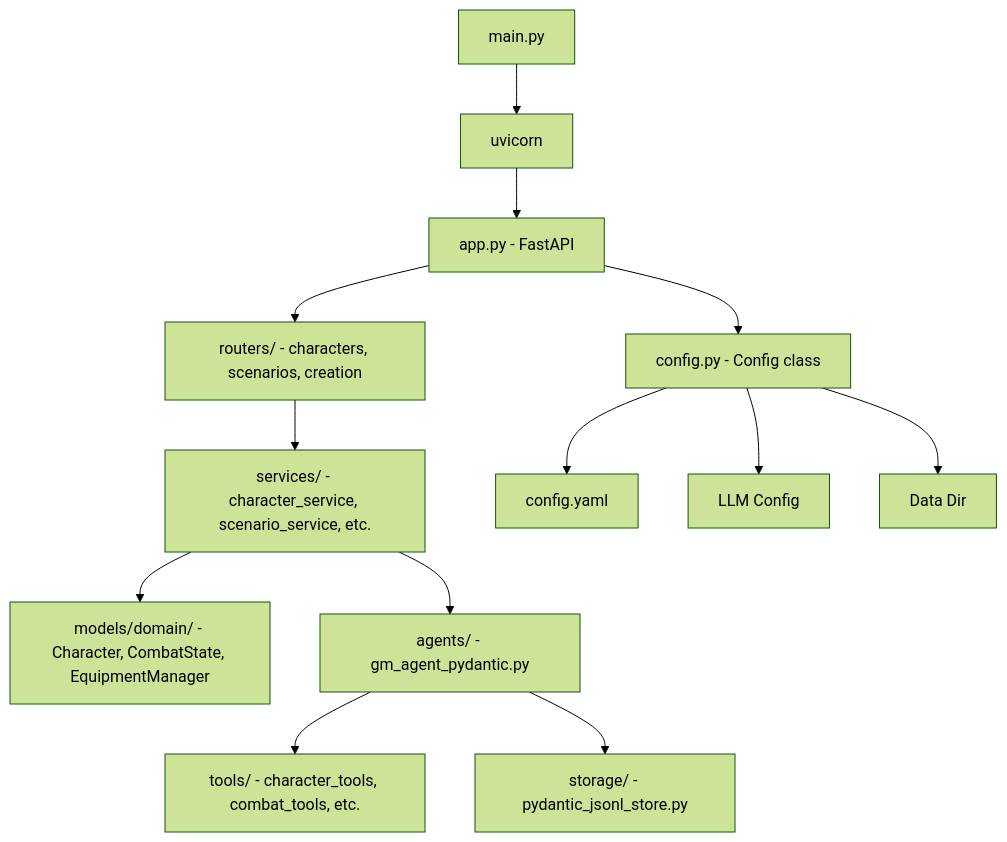
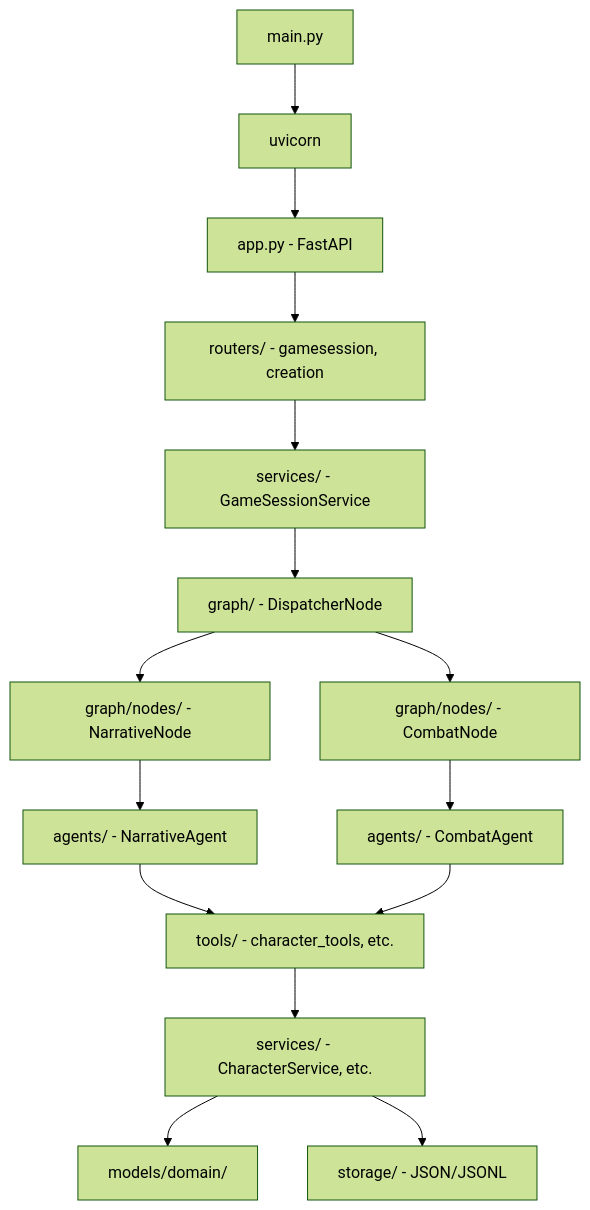
Before and after one commit to cyberbobjr/jdr: the first of 5 diagrams in README.md, drawn with Mermaid (forest theme). The commit also changed other lines of this file and 54 other files, not shown here.

````diff
--- a/README.md
+++ b/README.md
@@ -274,15 +271,17 @@
 ```mermaid
 graph TD
     A[main.py] --> B[uvicorn]
     B --> C[app.py - FastAPI]
-    C --> D[routers/ - characters, scenarios, creation]
-    D --> E[services/ - character_service, scenario_service, etc.]
-    E --> F[models/domain/ - Character, CombatState, EquipmentManager]
-    E --> G[agents/ - gm_agent_pydantic.py]
-    G --> H[tools/ - character_tools, combat_tools, etc.]
-    G --> I[storage/ - pydantic_jsonl_store.py]
-    C --> J[config.py - Config class]
-    J --> K[config.yaml]
-    J --> L[LLM Config]
-    J --> M[Data Dir]
+    C --> D[routers/ - gamesession, creation]
+    D --> E[services/ - GameSessionService]
+    E --> F[graph/ - DispatcherNode]
+    F --> G[graph/nodes/ - NarrativeNode]
+    F --> H[graph/nodes/ - CombatNode]
+    G --> I[agents/ - NarrativeAgent]
+    H --> J[agents/ - CombatAgent]
+    I --> K[tools/ - character_tools, etc.]
+    J --> K
+    K --> L[services/ - CharacterService, etc.]
+    L --> M[models/domain/]
+    L --> N[storage/ - JSON/JSONL]
 ```
````
